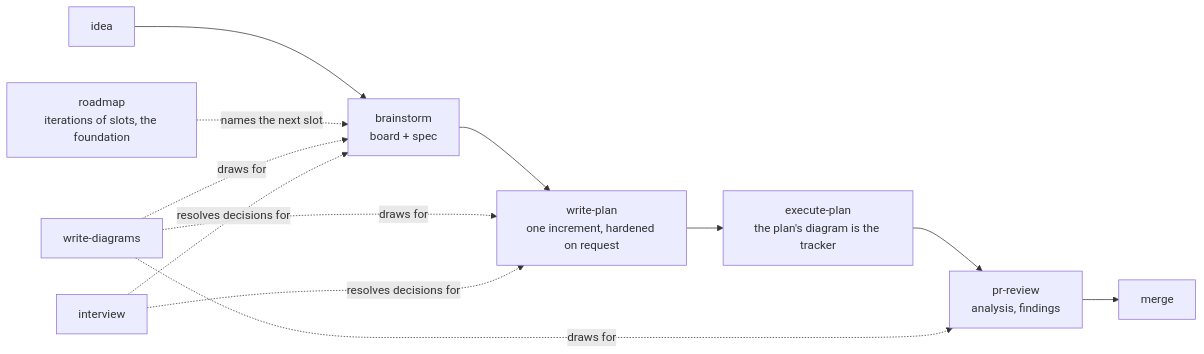
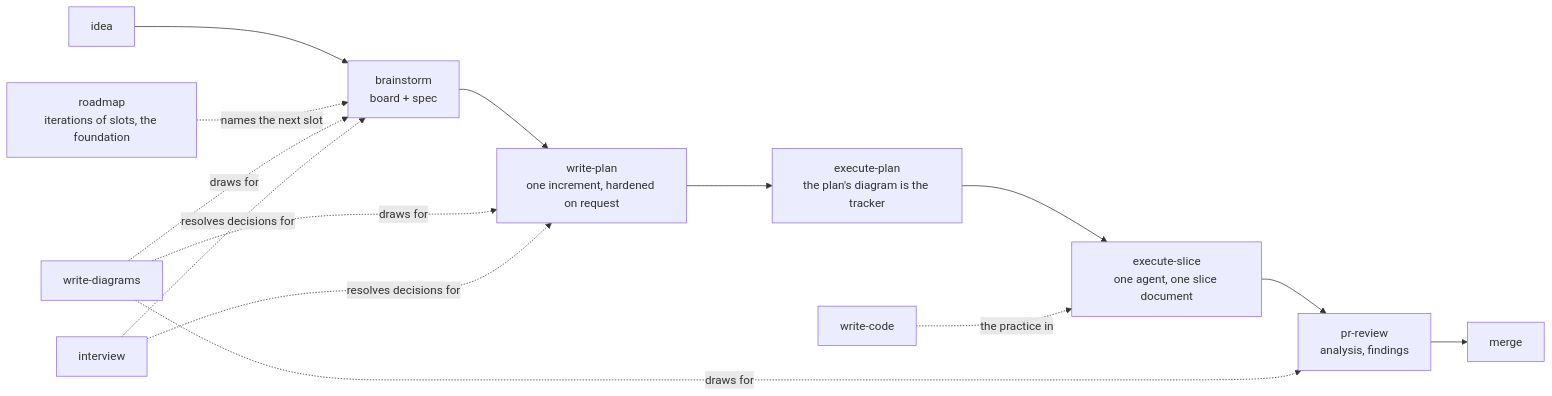
The diagram in README.md (Ovich/charrette), drawn with Mermaid before and after one commit. The commit also changed other lines of this file and 10 other files, not shown here.

````diff
--- a/README.md
+++ b/README.md
@@ -16,11 +16,13 @@
 ```mermaid
 flowchart LR
   I["idea"] --> B["brainstorm<br/>board + spec"]
   RM["roadmap<br/>iterations of slots, the foundation"] -.->|names the next slot| B
   B --> P["write-plan<br/>one increment, hardened on request"]
   P --> E["execute-plan<br/>the plan's diagram is the tracker"]
-  E --> R["pr-review<br/>analysis, findings"]
+  E --> S["execute-slice<br/>one agent, one slice document"]
+  S --> R["pr-review<br/>analysis, findings"]
+  W["write-code"] -.->|the practice in| S
   R --> M["merge"]
   D["write-diagrams"] -.->|draws for| B & P & R
   Q["interview"] -.->|resolves decisions for| B & P
 ```
````
